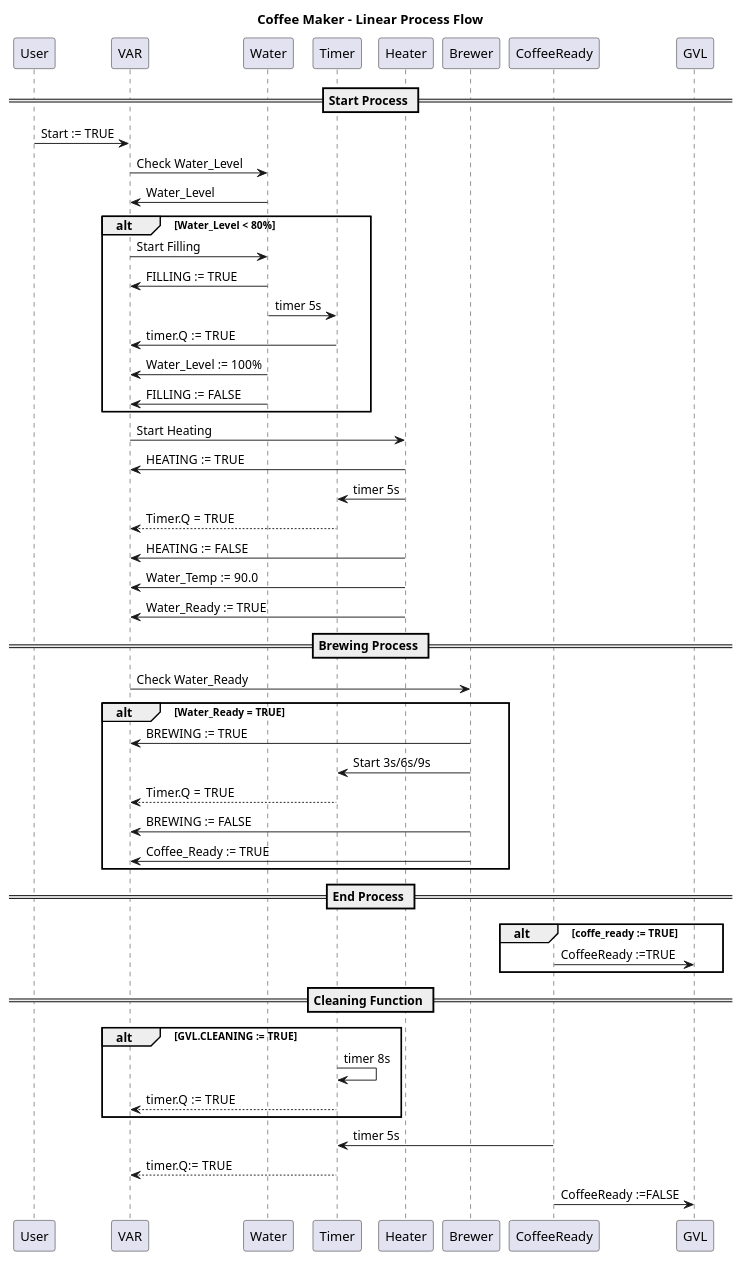
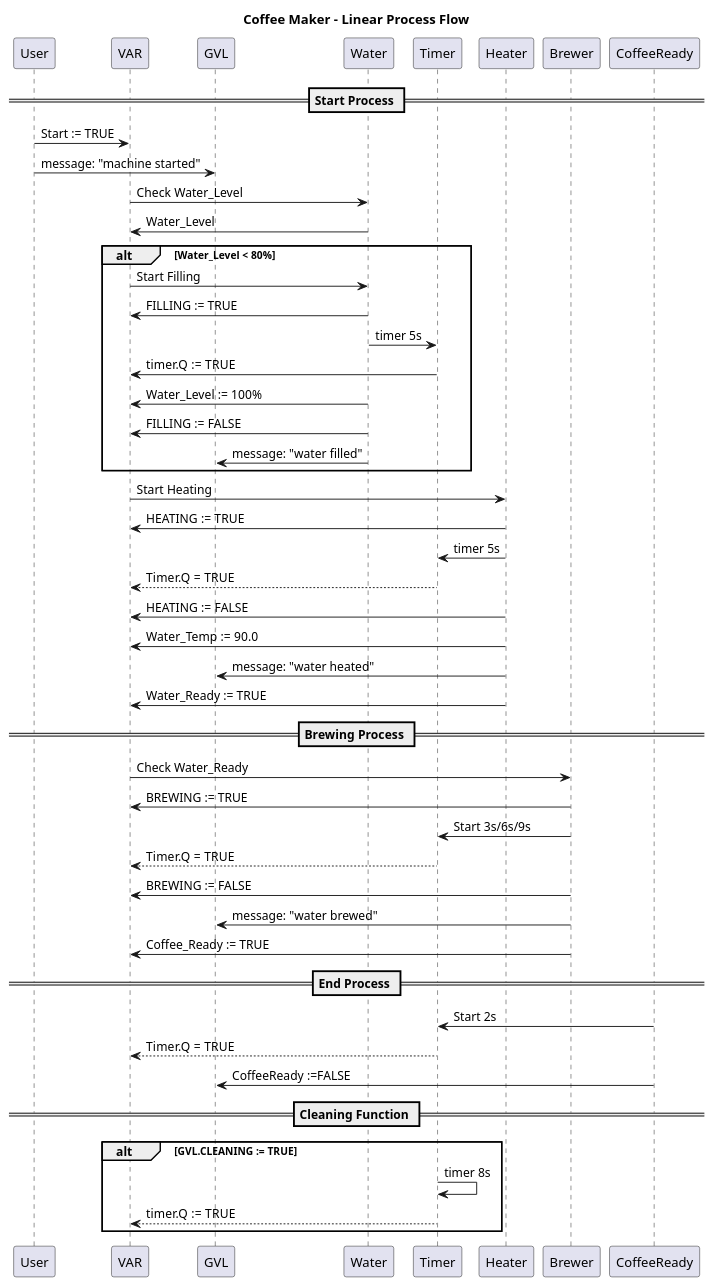
The diagram in mdbook/src/chapter_2.md (MicheleBossini/virtual-PLC), drawn with PlantUML before and after one commit. The commit also changed 6 other files, not shown here.

Commit message:
diagram task 1

````diff
--- a/mdbook/src/chapter_2.md
+++ b/mdbook/src/chapter_2.md
@@ -21,55 +21,56 @@
 ```plantuml
 @startuml
 title Coffee Maker - Linear Process Flow
 
 == Start Process ==
 
 User -> VAR : Start := TRUE
-
+User -> GVL : message: "machine started"
 VAR -> Water : Check Water_Level
 Water -> VAR : Water_Level
 
 alt Water_Level < 80%
 VAR -> Water : Start Filling
 Water -> VAR : FILLING := TRUE
 Water -> Timer : timer 5s
 Timer -> VAR : timer.Q := TRUE
 Water -> VAR : Water_Level := 100%
 Water -> VAR : FILLING := FALSE
+Water -> GVL : message: "water filled"
 end
 
 VAR -> Heater : Start Heating
 Heater -> VAR : HEATING := TRUE
 Heater -> Timer : timer 5s
 Timer --> VAR : Timer.Q = TRUE
 Heater -> VAR : HEATING := FALSE
 Heater -> VAR : Water_Temp := 90.0
+Heater -> GVL : message: "water heated"
 Heater -> VAR : Water_Ready := TRUE
 
 == Brewing Process ==
 
 VAR -> Brewer : Check Water_Ready
-alt Water_Ready = TRUE
+
 Brewer -> VAR : BREWING := TRUE
 Brewer -> Timer : Start 3s/6s/9s
 Timer --> VAR : Timer.Q = TRUE
 Brewer -> VAR : BREWING := FALSE
+Brewer -> GVL : message: "water brewed"
 Brewer -> VAR : Coffee_Ready := TRUE
-end
+
 
 == End Process ==
+CoffeeReady -> Timer : Start 2s
+Timer --> VAR : Timer.Q = TRUE
+CoffeeReady -> GVL : CoffeeReady :=FALSE
 
-alt coffe_ready := TRUE
-CoffeeReady -> GVL : CoffeeReady :=TRUE
-end
 
 == Cleaning Function ==
 alt GVL.CLEANING := TRUE
 Timer -> Timer : timer 8s
 Timer --> VAR : timer.Q := TRUE
 end
-CoffeeReady -> Timer : timer 5s
-Timer --> VAR : timer.Q:= TRUE
-CoffeeReady -> GVL : CoffeeReady :=FALSE
+
 @enduml
 ```
````
